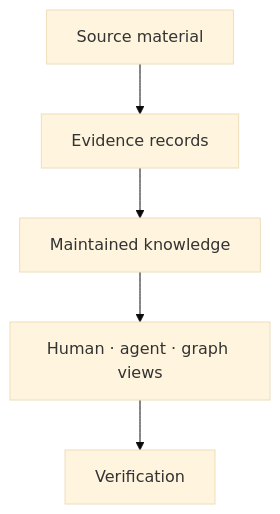
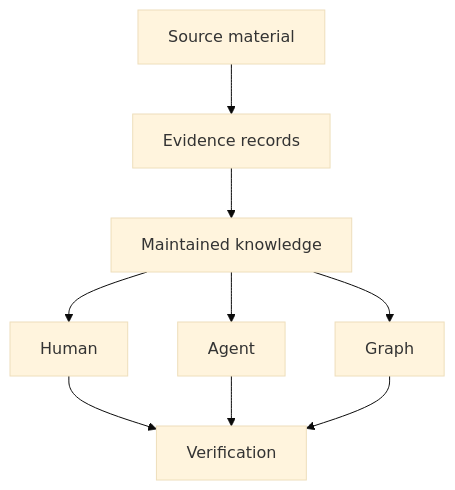
One commit to denchco/knowledge-base-wiki-standard changed the diagram in docs/index.md. Above: the diagram before and after it, drawn with Mermaid (base theme). The commit also changed other lines of this file and 11 other files, not shown here.

Commit message:
Split and centre canonical Mermaid product diagrams

````diff
--- a/docs/index.md
+++ b/docs/index.md
@@ -21,12 +21,20 @@
 ```mermaid
 flowchart TB
   accTitle: Governed knowledge base system
-  accDescr: Source material becomes inspectable evidence, maintained knowledge, coordinated human, agent, and graph views, and finally a verified local system.
+  accDescr: Source material becomes inspectable evidence and maintained knowledge. That knowledge serves separate Human, Agent, and Graph surfaces, whose paths converge on verification.
 
   S["Source material"]
   E["Evidence records"]
   C["Maintained knowledge"]
-  W["Human · agent · graph views"]
+  H["Human"]
+  A["Agent"]
+  G["Graph"]
   V["Verification"]
-  S --> E --> C --> W --> V
+  S --> E --> C
+  C --> H
+  C --> A
+  C --> G
+  H --> V
+  A --> V
+  G --> V
 ```
````
